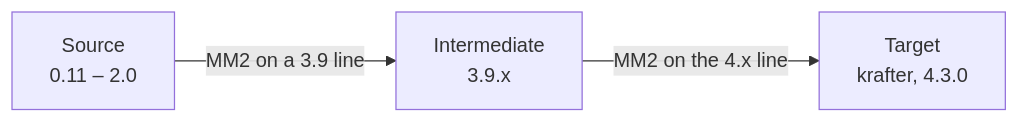
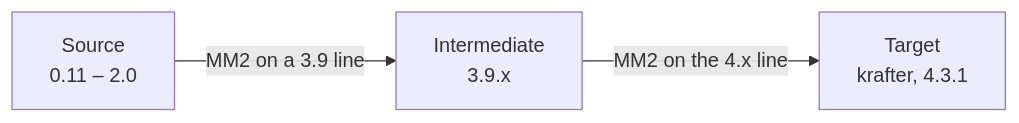
The second of 4 diagrams in charts/mirror-maker2/docs/migration-plan.md (actions-marketplace-validations/bmscomp_kates), drawn with Mermaid before and after one commit. The commit also changed other lines of this file and 284 other files, not shown here.

````diff
--- a/charts/mirror-maker2/docs/migration-plan.md
+++ b/charts/mirror-maker2/docs/migration-plan.md
@@ -117,5 +117,5 @@
 ```mermaid
 flowchart LR
     A["Source<br/>0.11 – 2.0"] -->|"MM2 on a 3.9 line"| B["Intermediate<br/>3.9.x"]
-    B -->|"MM2 on the 4.x line"| C["Target<br/>krafter, 4.3.0"]
+    B -->|"MM2 on the 4.x line"| C["Target<br/>krafter, 4.3.1"]
 ```
````
